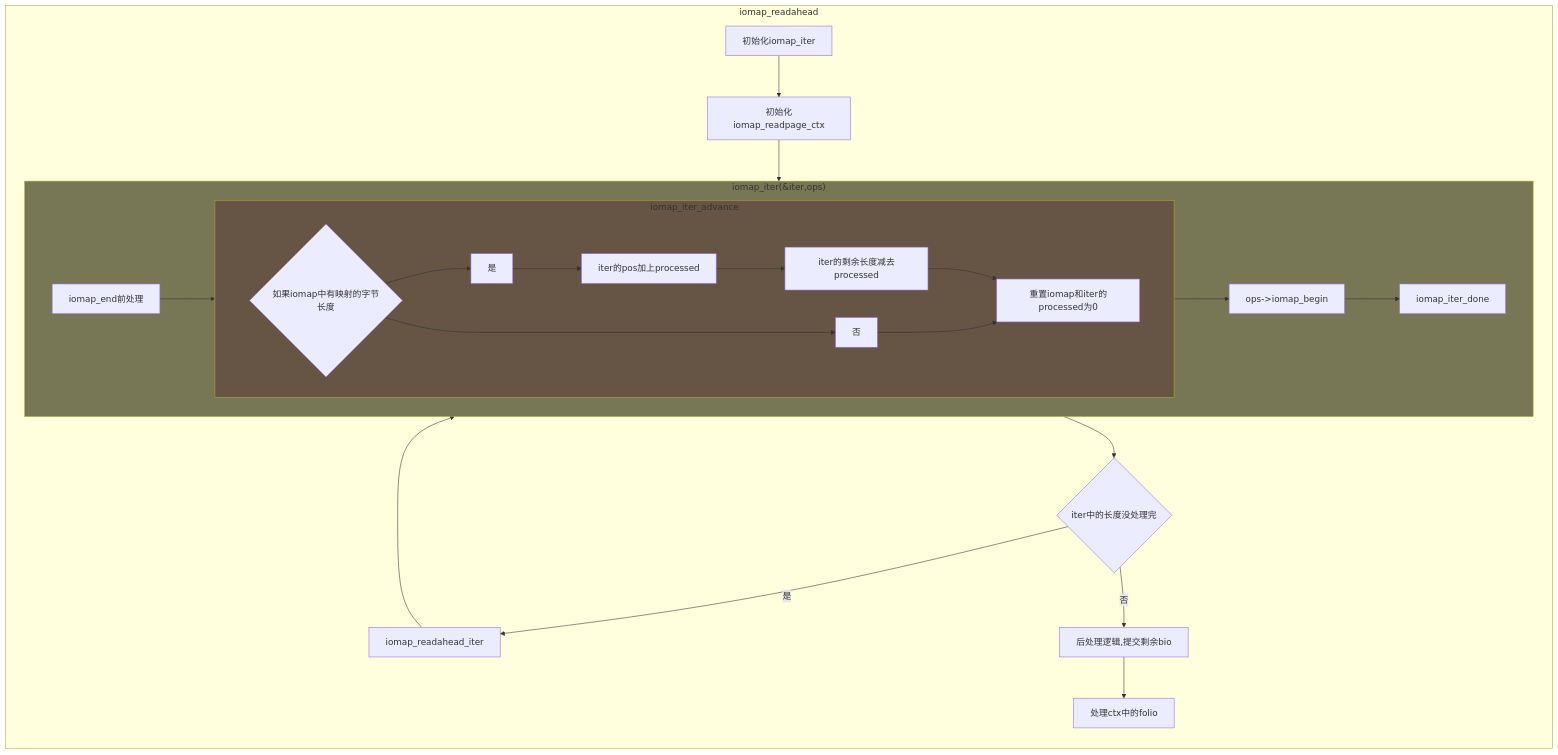
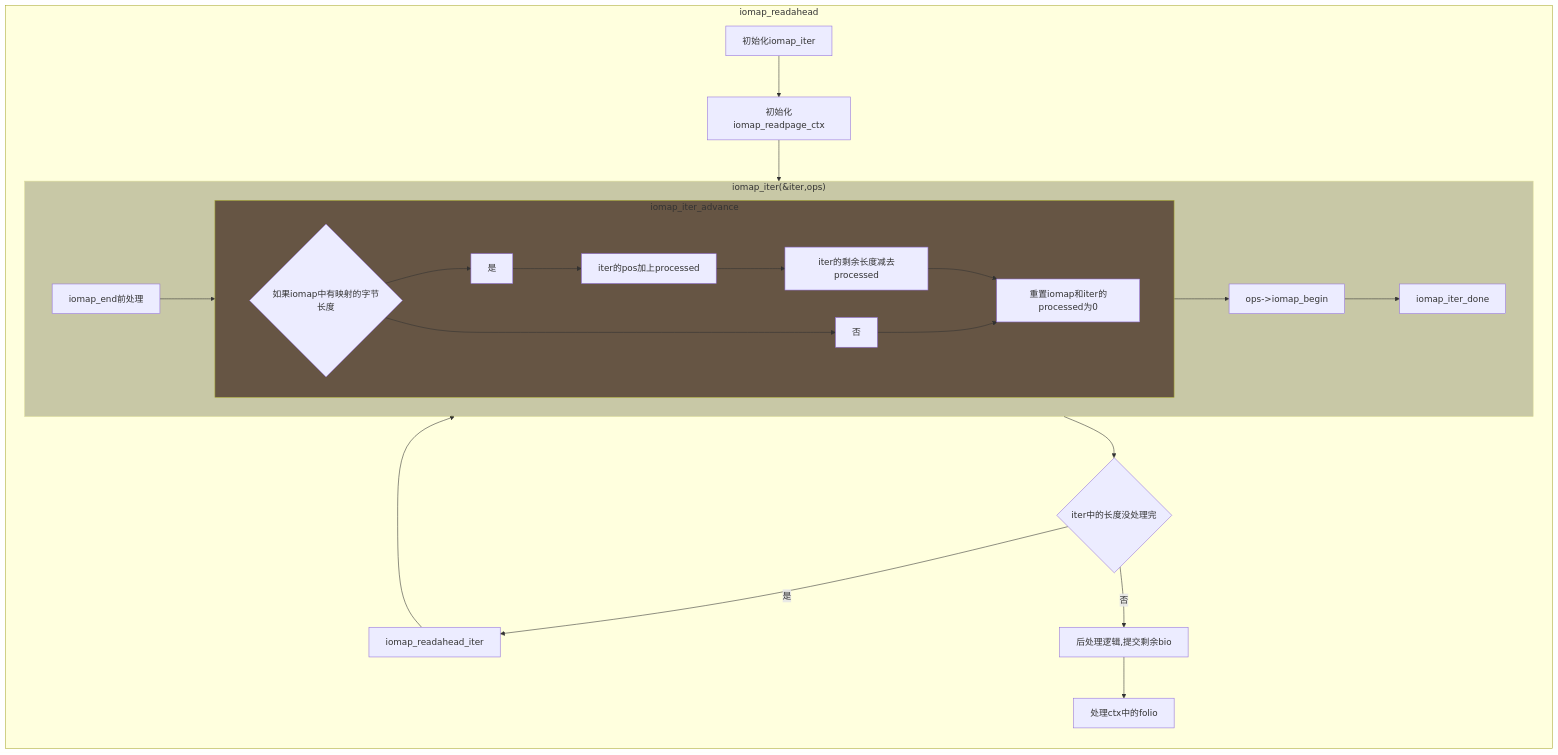
Before and after one commit to sigmanature/learn_os_note: the diagram in 6.13.1内核文档注释/fs/iomap/buffered_io.c/README.md, drawn with Mermaid.

````diff
--- a/6.13.1内核文档注释/fs/iomap/buffered_io.c/README.md
+++ b/6.13.1内核文档注释/fs/iomap/buffered_io.c/README.md
@@ -2,20 +2,20 @@
 ```mermaid
 graph LR
     subgraph c[iomap_iter_advance]
         1{如果iomap中有映射的字节长度}
         1-->是-->iter的pos加上processed-->iter的剩余长度减去processed-->2[重置iomap和iter的processed为0]
         1-->否-->2
     end
     subgraph b["iomap_iter(&iter,ops)"]
         G[iomap_end前处理]-->c-->I["ops->iomap_begin"]-->J[iomap_iter_done]
     end
-    style b fill:#775
+    style b fill:#775,opacity:0.4
     style c fill:#654
     subgraph a[iomap_readahead]
         A[初始化iomap_iter]-->B[初始化iomap_readpage_ctx]-->b-->C{"iter中的长度没处理完"}
         C--是-->D[iomap_readahead_iter]-->b
         C--否-->E[后处理逻辑,提交剩余bio]-->F[处理ctx中的folio]
     end
     
 click A "https://github.com/sigmanature/learn_os_note/blob/main/6.13.1%E5%86%85%E6%A0%B8%E6%96%87%E6%A1%A3%E6%B3%A8%E9%87%8A/include/linux/iomap.h/struct_iomap_iter.md"
 ```
````
